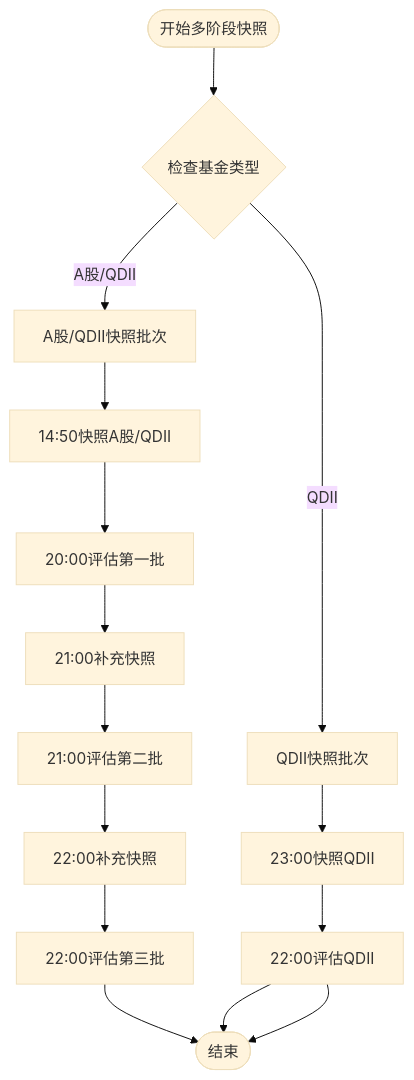
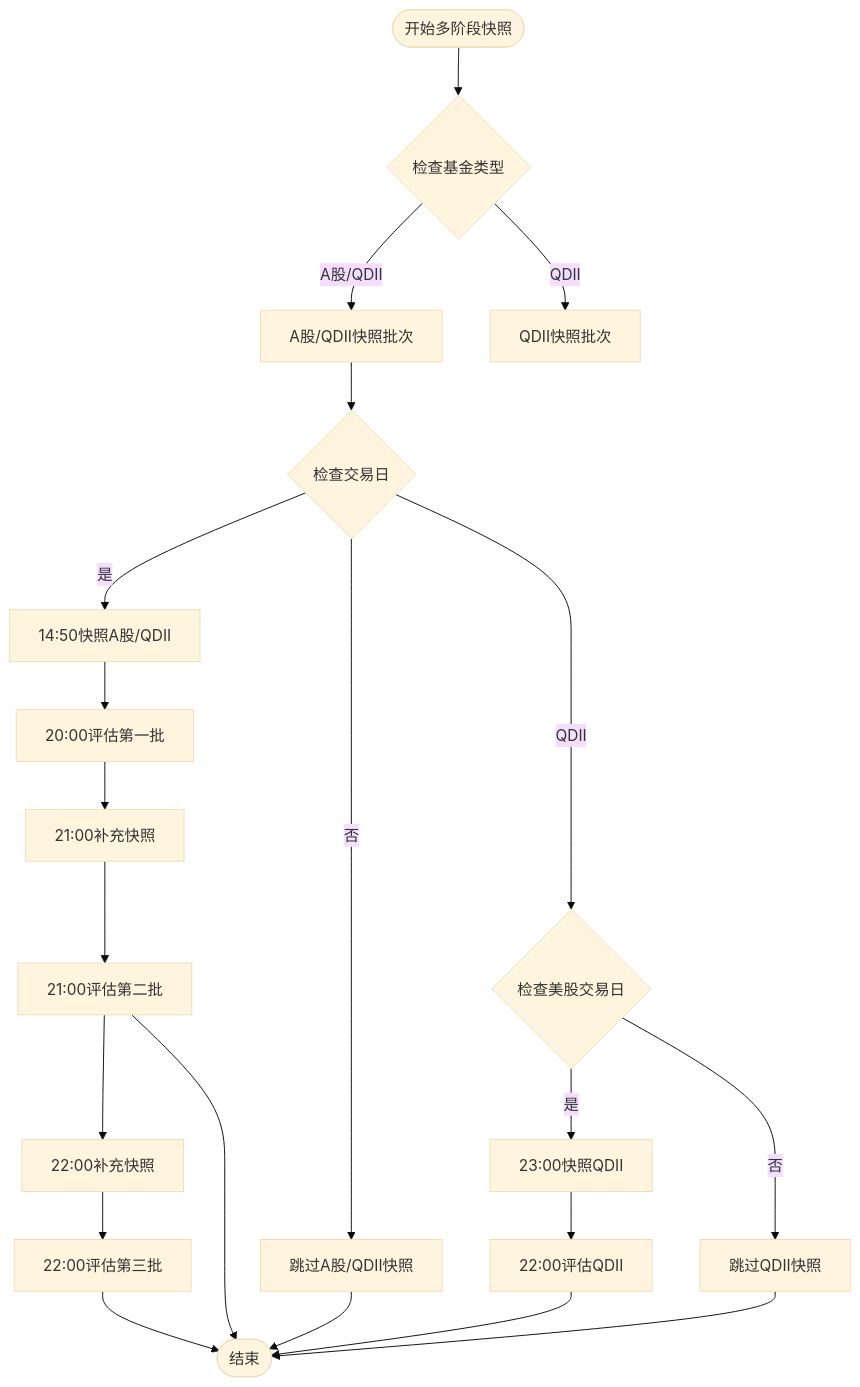
One commit to gree-coder/fund-butler changed the fourth of 23 diagrams in .qoder/repowiki/zh/content/核心功能开发/多源基金估值系统.md. Above: the diagram before and after it, drawn with Mermaid (base theme). The commit also changed other lines of this file and 5 other files, not shown here.

````diff
--- a/.qoder/repowiki/zh/content/核心功能开发/多源基金估值系统.md
+++ b/.qoder/repowiki/zh/content/核心功能开发/多源基金估值系统.md
@@ -229,17 +276,23 @@
 ```mermaid
 flowchart TD
 Start([开始多阶段快照]) --> CheckType{检查基金类型}
 CheckType --> |A股/QDII| DomesticBatch[A股/QDII快照批次]
 CheckType --> |QDII| QdiBatch[QDII快照批次]
-DomesticBatch --> Snapshot1[14:50快照A股/QDII]
+DomesticBatch --> CheckCalendar{检查交易日}
+CheckCalendar --> |是| Snapshot1[14:50快照A股/QDII]
+CheckCalendar --> |否| Skip1[跳过A股/QDII快照]
+CheckCalendar --> |QDII| CheckUSCalendar{检查美股交易日}
+CheckUSCalendar --> |是| SnapshotQDII[23:00快照QDII]
+CheckUSCalendar --> |否| Skip2[跳过QDII快照]
 Snapshot1 --> Evaluate1[20:00评估第一批]
 Evaluate1 --> Snapshot2[21:00补充快照]
 Snapshot2 --> Evaluate2[21:00评估第二批]
 Evaluate2 --> Snapshot3[22:00补充快照]
 Snapshot3 --> Evaluate3[22:00评估第三批]
-QdiBatch --> SnapshotQDII[23:00快照QDII]
 SnapshotQDII --> EvaluateQDII[22:00评估QDII]
-EvaluateQDII --> End([结束])
+Evaluate2 --> End([结束])
 Evaluate3 --> End
 EvaluateQDII --> End
+Skip1 --> End
+Skip2 --> End
 ```
````
